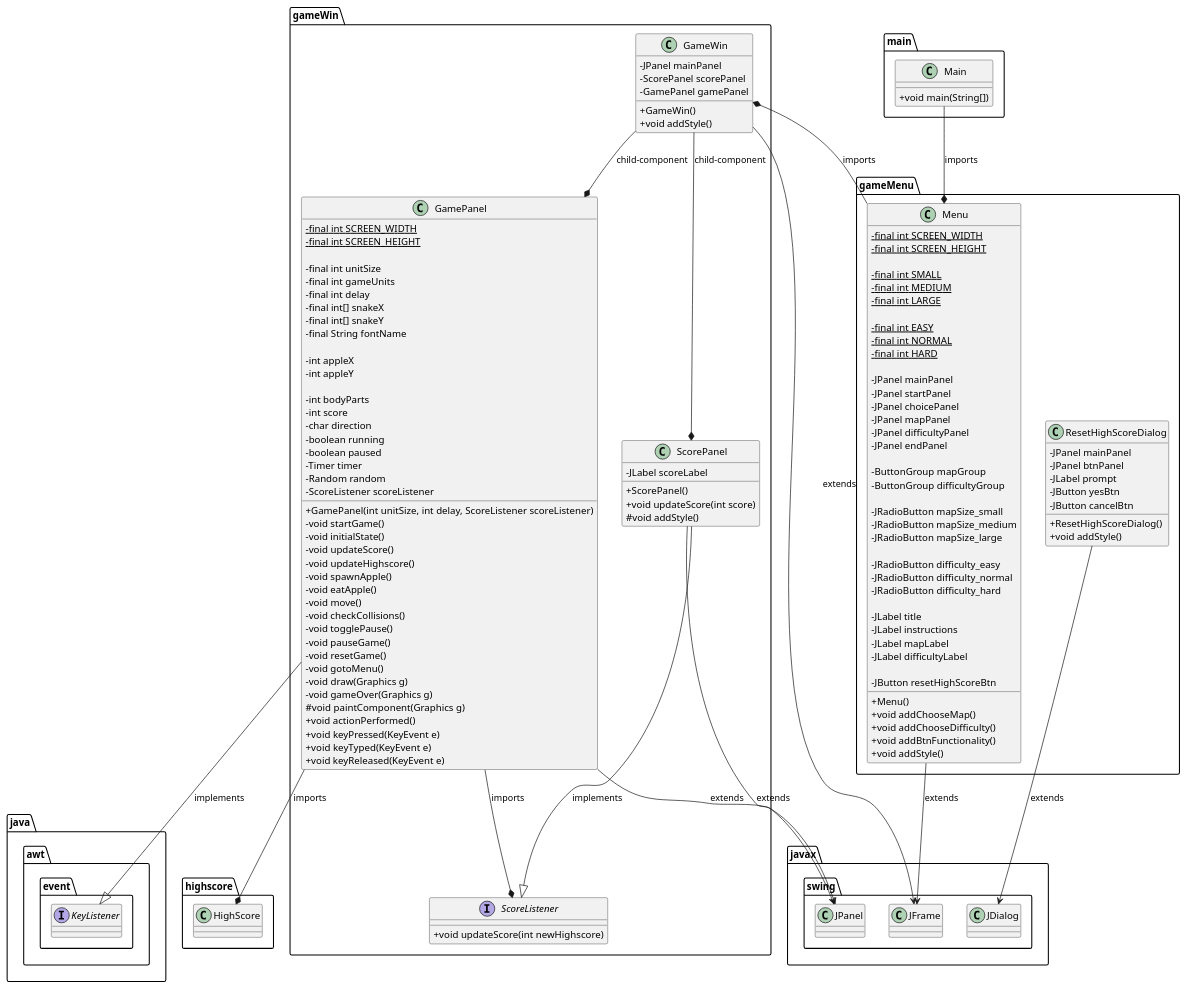
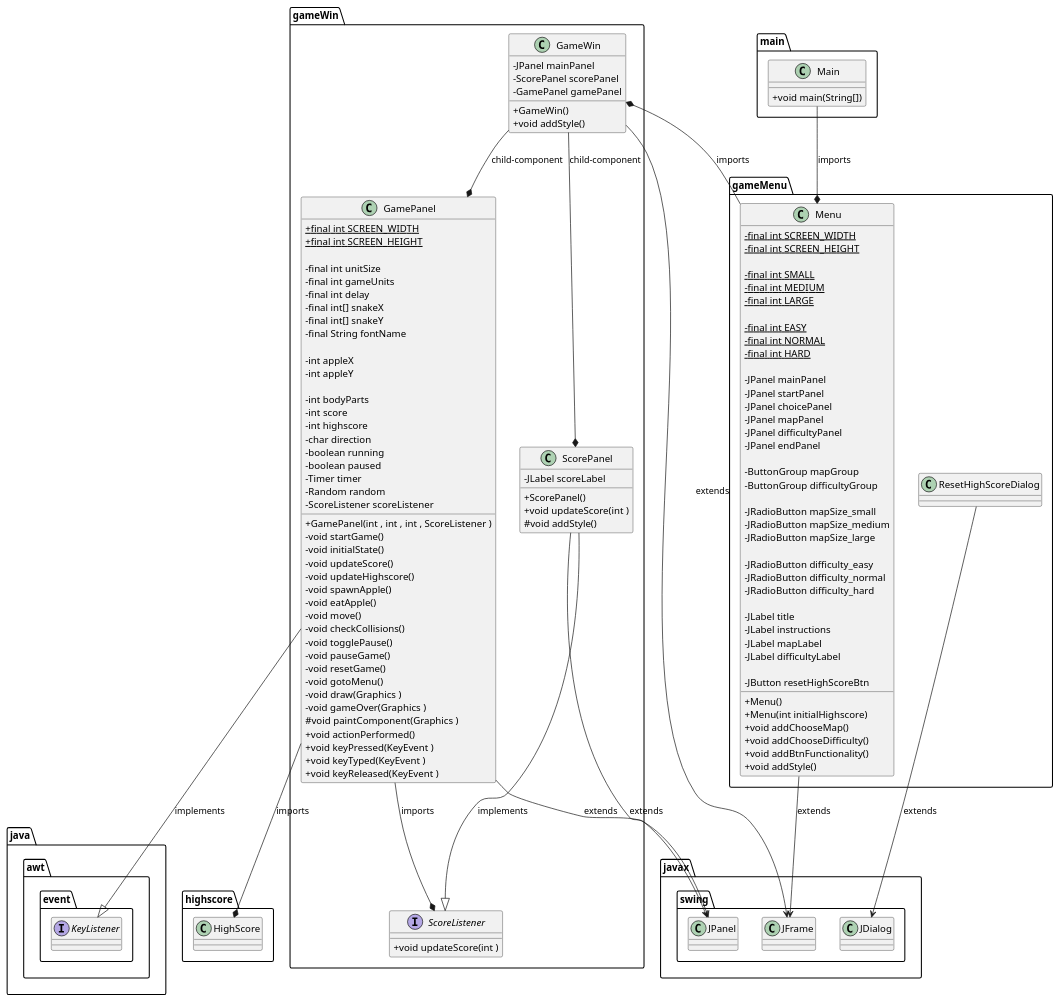
Before and after one commit to ShaheerSharif/snake-game-4th-sem: the diagram in docs/puml/gameClass.puml, drawn with PlantUML. The commit also changed 7 other files, not shown here.

```diff
--- a/docs/puml/gameClass.puml
+++ b/docs/puml/gameClass.puml
@@ -1,174 +1,165 @@
 @startuml gameClassDiagram
 
     skinparam classAttributeIconSize 0
 
     gameMenu.ResetHighScoreDialog --> javax.swing.JDialog : extends
     gameMenu.Menu --> javax.swing.JFrame : extends
     gameWin.GameWin --> javax.swing.JFrame : extends
     gameWin.GamePanel --> javax.swing.JPanel : extends
     gameWin.ScorePanel --> javax.swing.JPanel : extends
 
     gameWin.GamePanel --|> java.awt.event.KeyListener : implements
     gameWin.ScorePanel --|> gameWin.ScoreListener : implements
 
     gameWin.GameWin --* gameWin.ScorePanel : child-component
     gameWin.GameWin --* gameWin.GamePanel : child-component
 
     gameMenu.Menu -left-* gameWin.GameWin : imports
     gameWin.GamePanel --* highscore.HighScore : imports
     gameWin.GamePanel --* gameWin.ScoreListener : imports
     main.Main --* gameMenu.Menu : imports
 
     package main {
         class Main
     }
 
     package gameMenu {
         class gameMenu.Menu
         class gameMenu.ResetHighScoreDialog
     }
 
     package gameWin {
         class gameWin.GameWin
         class gameWin.GamePanel
         class gameWin.ScorePanel
         interface gameWin.ScoreListener
 
     }
 
     package javax.swing {
         class javax.swing.JFrame
         class javax.swing.JDialog
         class javax.swing.JPanel
     }
 
     package java.awt.event {
         interface java.awt.event.KeyListener
     }
 
     class main.Main {
         +void main(String[])
     }
 
     class gameMenu.Menu {
         -final int {static} SCREEN_WIDTH
         -final int {static} SCREEN_HEIGHT
         
         -final int {static} SMALL
         -final int {static} MEDIUM
         -final int {static} LARGE
         
         -final int {static} EASY
         -final int {static} NORMAL
         -final int {static} HARD
 
         -JPanel mainPanel
         -JPanel startPanel
         -JPanel choicePanel
         -JPanel mapPanel
         -JPanel difficultyPanel
         -JPanel endPanel
 
         -ButtonGroup mapGroup
         -ButtonGroup difficultyGroup
 
         -JRadioButton mapSize_small
         -JRadioButton mapSize_medium
         -JRadioButton mapSize_large
 
         -JRadioButton difficulty_easy
         -JRadioButton difficulty_normal
         -JRadioButton difficulty_hard
 
         -JLabel title
         -JLabel instructions
         -JLabel mapLabel
         -JLabel difficultyLabel
 
         -JButton resetHighScoreBtn
 
         +Menu()
+        +Menu(int initialHighscore)
         +void addChooseMap()
         +void addChooseDifficulty()
         +void addBtnFunctionality()
         +void addStyle()
     }
 
-    class gameMenu.ResetHighScoreDialog {
-        -JPanel mainPanel
-        -JPanel btnPanel
-        -JLabel prompt
-        -JButton yesBtn
-        -JButton cancelBtn
-
-        +ResetHighScoreDialog()
-        +void addStyle()
-    }
-
     class gameWin.GamePanel {
-        -final int {static} SCREEN_WIDTH
-        -final int {static} SCREEN_HEIGHT
+        +final int {static} SCREEN_WIDTH
+        +final int {static} SCREEN_HEIGHT
 
         -final int unitSize
         -final int gameUnits
         -final int delay
         -final int[] snakeX
         -final int[] snakeY
         -final String fontName
 
         -int appleX
         -int appleY
         
         -int bodyParts
         -int score
+        -int highscore
         -char direction
         -boolean running
         -boolean paused
         -Timer timer
         -Random random
         -ScoreListener scoreListener
 
-        +GamePanel(int unitSize, int delay, ScoreListener scoreListener)
+        +GamePanel(int , int , int , ScoreListener )
         -void startGame()
         -void initialState()
         -void updateScore()
         -void updateHighscore()
         -void spawnApple()
         -void eatApple()
         -void move()
         -void checkCollisions()
         -void togglePause()
         -void pauseGame()
         -void resetGame()
         -void gotoMenu()
-        -void draw(Graphics g)
-        -void gameOver(Graphics g)
-        #void paintComponent(Graphics g)
+        -void draw(Graphics )
+        -void gameOver(Graphics )
+        #void paintComponent(Graphics )
         +void actionPerformed()
-        +void keyPressed(KeyEvent e)
-        +void keyTyped(KeyEvent e)
-        +void keyReleased(KeyEvent e)
+        +void keyPressed(KeyEvent )
+        +void keyTyped(KeyEvent )
+        +void keyReleased(KeyEvent )
     }
 
     class gameWin.ScorePanel {
         -JLabel scoreLabel
         
         +ScorePanel()
-        +void updateScore(int score)
+        +void updateScore(int )
         #void addStyle()
     }
 
     class gameWin.GameWin {
         -JPanel mainPanel
         -ScorePanel scorePanel
         -GamePanel gamePanel
 
         +GameWin()
         +void addStyle()
     }
 
     interface gameWin.ScoreListener {
-        +void updateScore(int newHighscore)
+        +void updateScore(int )
     }
 
 @enduml
```
